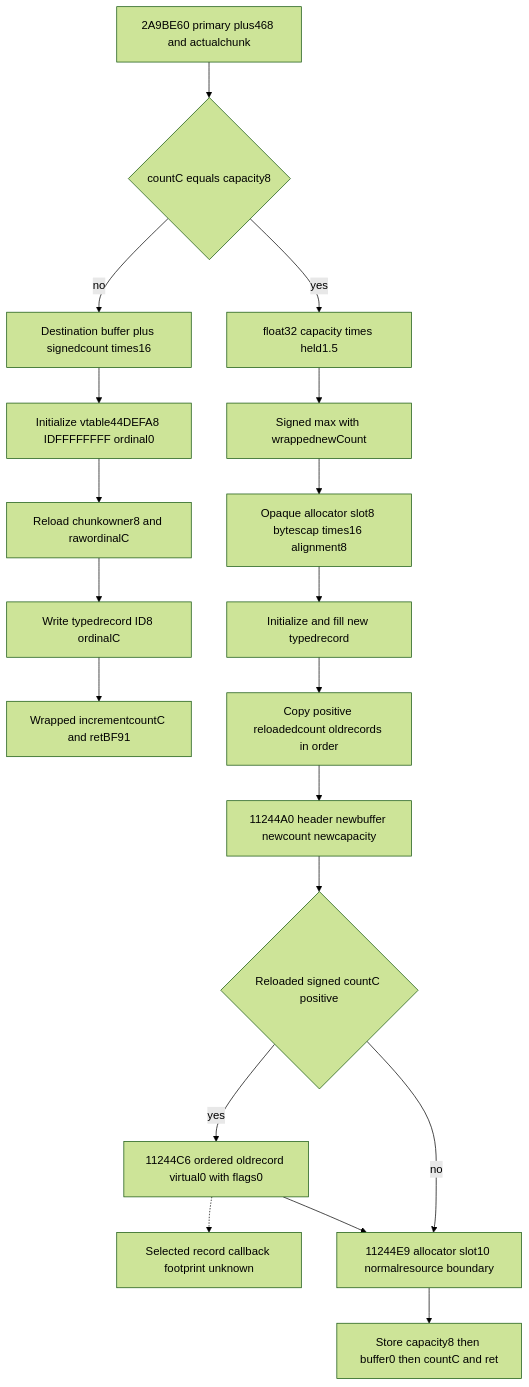
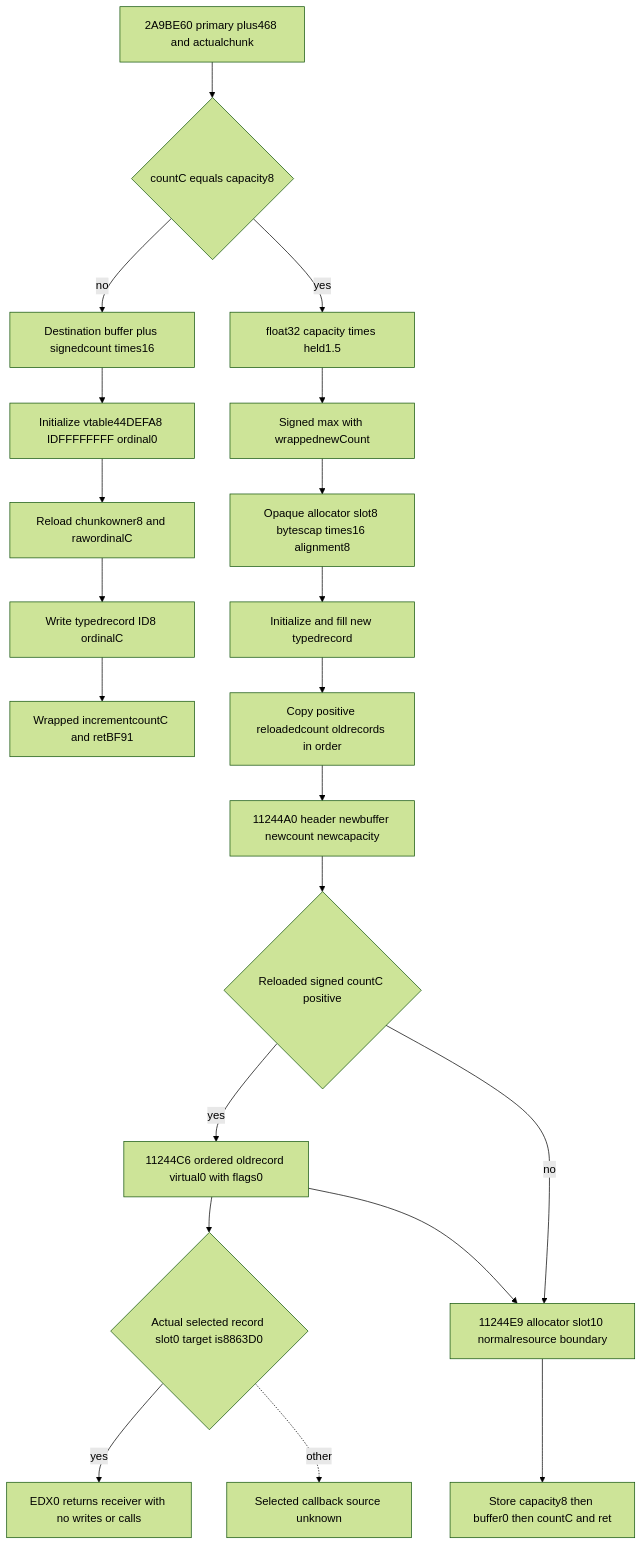
One commit to XenoAmess/ck3_eternal_recurrence changed the fifth of 5 diagrams in docs/ck3-native-ai/army-detachment-date-pending-inputs-12003.md. Above: the diagram before and after it, drawn with Mermaid (forest theme). The commit also changed other lines of this file, not shown here.

Commit message:
Close canonical pending record callback and prepare whole DATA inputs

````diff
--- a/docs/ck3-native-ai/army-detachment-date-pending-inputs-12003.md
+++ b/docs/ck3-native-ai/army-detachment-date-pending-inputs-12003.md
@@ -267,21 +267,23 @@
 ```mermaid
 flowchart TD
     P[2A9BE60 primary plus468 and actualchunk] --> C{countC equals capacity8}
     C -->|no| D[Destination buffer plus signedcount times16]
     D --> I[Initialize vtable44DEFA8 IDFFFFFFFF ordinal0]
     I --> R[Reload chunkowner8 and rawordinalC]
     R --> W[Write typedrecord ID8 ordinalC]
     W --> N[Wrapped incrementcountC and retBF91]
     C -->|yes| F[float32 capacity times held1.5]
     F --> M[Signed max with wrappednewCount]
     M --> A[Opaque allocator slot8 bytescap times16 alignment8]
     A --> S[Initialize and fill new typedrecord]
     S --> CP[Copy positive reloadedcount oldrecords in order]
     CP --> T[11244A0 header newbuffer newcount newcapacity]
     T --> SC{Reloaded signed countC positive}
     SC -->|yes| UC[11244C6 ordered oldrecord virtual0 with flags0]
-    UC -.-> CB[Selected record callback footprint unknown]
+    UC --> CB{Actual selected record slot0 target is8863D0}
+    CB -->|yes| NO[EDX0 returns receiver with no writes or calls]
+    CB -.->|other| UN[Selected callback source unknown]
     UC --> UE[11244E9 allocator slot10 normalresource boundary]
     SC -->|no| UE
     UE --> HC[Store capacity8 then buffer0 then countC and ret]
 ```
````
